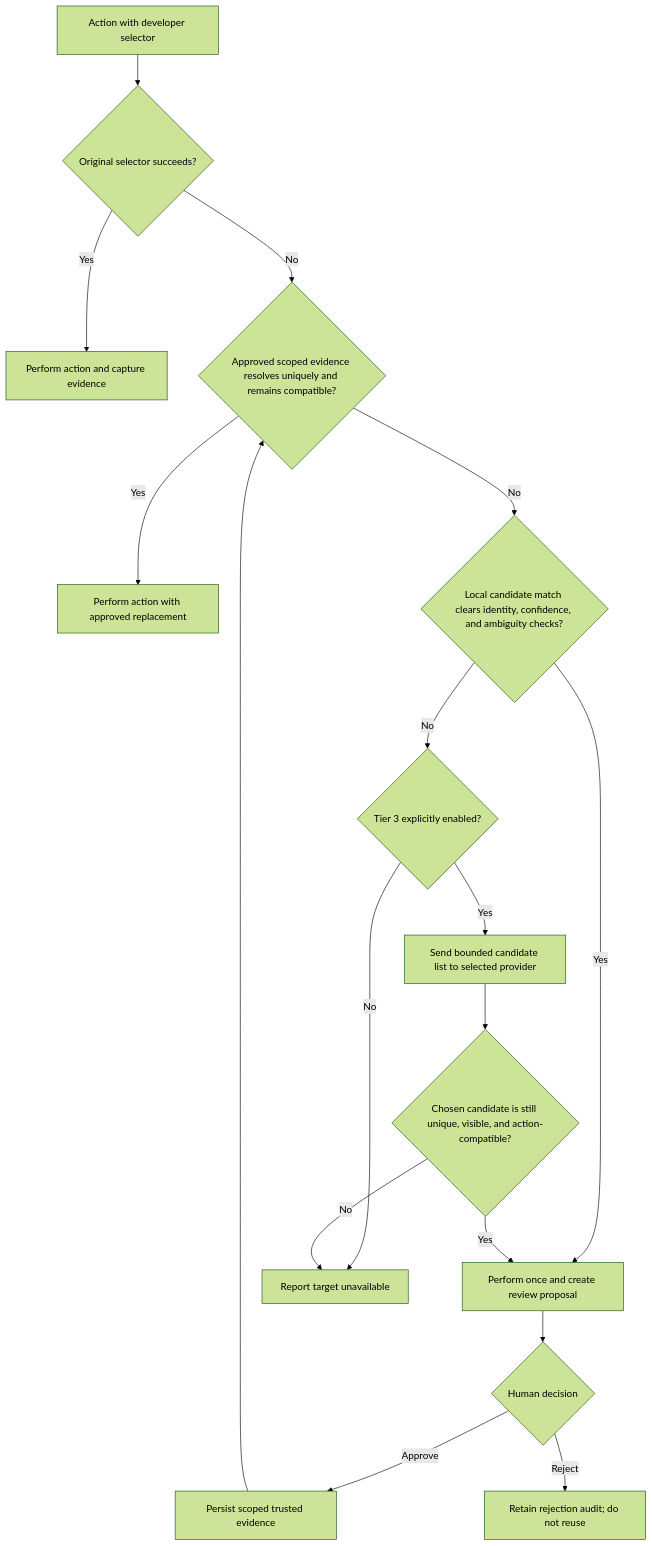
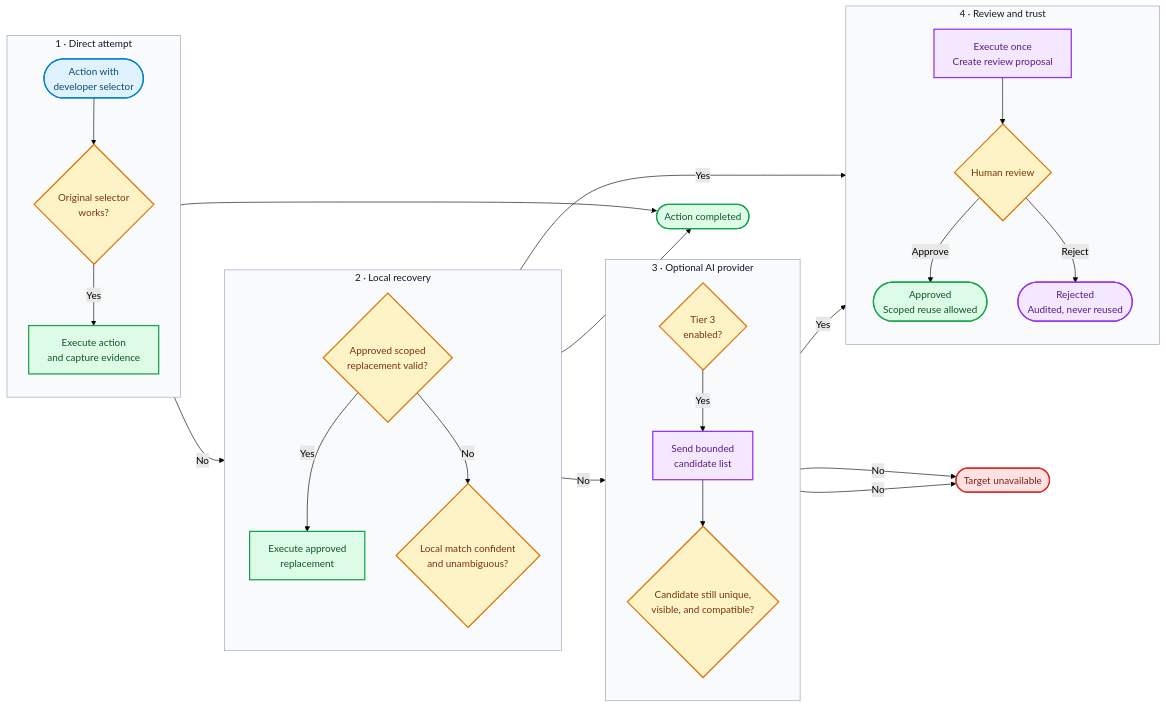
The second of 2 diagrams in docs/ARCHITECTURE.md (eddieir/Falcon-Automation), drawn with Mermaid (forest theme) before and after one commit.

Commit message:
docs: improve locator recovery architecture figure

````diff
--- a/docs/ARCHITECTURE.md
+++ b/docs/ARCHITECTURE.md
@@ -64,19 +64,69 @@
 ```mermaid
-flowchart TD
-    Start["Action with developer selector"] --> Retry{"Original selector succeeds?"}
-    Retry -- Yes --> Act["Perform action and capture evidence"]
-    Retry -- No --> Approved{"Approved scoped evidence resolves uniquely and remains compatible?"}
-    Approved -- Yes --> Replay["Perform action with approved replacement"]
-    Approved -- No --> Local{"Local candidate match clears identity, confidence, and ambiguity checks?"}
-    Local -- Yes --> Proposal["Perform once and create review proposal"]
-    Local -- No --> Enabled{"Tier 3 explicitly enabled?"}
-    Enabled -- No --> Fail["Report target unavailable"]
-    Enabled -- Yes --> LLM["Send bounded candidate list to selected provider"]
-    LLM --> Verify{"Chosen candidate is still unique, visible, and action-compatible?"}
-    Verify -- Yes --> Proposal
-    Verify -- No --> Fail
-    Proposal --> Decision{"Human decision"}
-    Decision -- Approve --> Trusted["Persist scoped trusted evidence"]
-    Decision -- Reject --> Rejected["Retain rejection audit; do not reuse"]
-    Trusted --> Approved
+flowchart LR
+    subgraph Direct["1 · Direct attempt"]
+        direction TB
+        Start(["Action with<br/>developer selector"])
+        Retry{"Original selector<br/>works?"}
+        Execute["Execute action<br/>and capture evidence"]
+        Start --> Retry
+        Retry -- "Yes" --> Execute
+    end
+
+    subgraph Local["2 · Local recovery"]
+        direction TB
+        Approved{"Approved scoped<br/>replacement valid?"}
+        Replay["Execute approved<br/>replacement"]
+        Match{"Local match confident<br/>and unambiguous?"}
+        Approved -- "Yes" --> Replay
+        Approved -- "No" --> Match
+    end
+
+    subgraph Provider["3 · Optional AI provider"]
+        direction TB
+        Enabled{"Tier 3<br/>enabled?"}
+        Request["Send bounded<br/>candidate list"]
+        Verify{"Candidate still unique,<br/>visible, and compatible?"}
+        Enabled -- "Yes" --> Request
+        Request --> Verify
+    end
+
+    subgraph Governance["4 · Review and trust"]
+        direction TB
+        Proposal["Execute once<br/>Create review proposal"]
+        Decision{"Human review"}
+        Trusted(["Approved<br/>Scoped reuse allowed"])
+        Rejected(["Rejected<br/>Audited, never reused"])
+        Proposal --> Decision
+        Decision -- "Approve" --> Trusted
+        Decision -- "Reject" --> Rejected
+    end
+
+    Complete(["Action completed"])
+    Failed(["Target unavailable"])
+
+    Retry -- "No" --> Approved
+    Match -- "Yes" --> Proposal
+    Match -- "No" --> Enabled
+    Enabled -- "No" --> Failed
+    Verify -- "Yes" --> Proposal
+    Verify -- "No" --> Failed
+    Execute --> Complete
+    Replay --> Complete
+
+    classDef entry fill:#e0f2fe,stroke:#0284c7,color:#0c4a6e,stroke-width:2px
+    classDef decision fill:#fef3c7,stroke:#d97706,color:#78350f,stroke-width:2px
+    classDef action fill:#dcfce7,stroke:#16a34a,color:#14532d,stroke-width:2px
+    classDef review fill:#f3e8ff,stroke:#9333ea,color:#581c87,stroke-width:2px
+    classDef failure fill:#fee2e2,stroke:#dc2626,color:#7f1d1d,stroke-width:2px
+
+    class Start entry
+    class Retry,Approved,Match,Enabled,Verify,Decision decision
+    class Execute,Replay,Complete,Trusted action
+    class Request,Proposal,Rejected review
+    class Failed failure
+
+    style Direct fill:#f8fafc,stroke:#94a3b8,color:#0f172a
+    style Local fill:#f8fafc,stroke:#94a3b8,color:#0f172a
+    style Provider fill:#f8fafc,stroke:#94a3b8,color:#0f172a
+    style Governance fill:#f8fafc,stroke:#94a3b8,color:#0f172a
 ```
````
